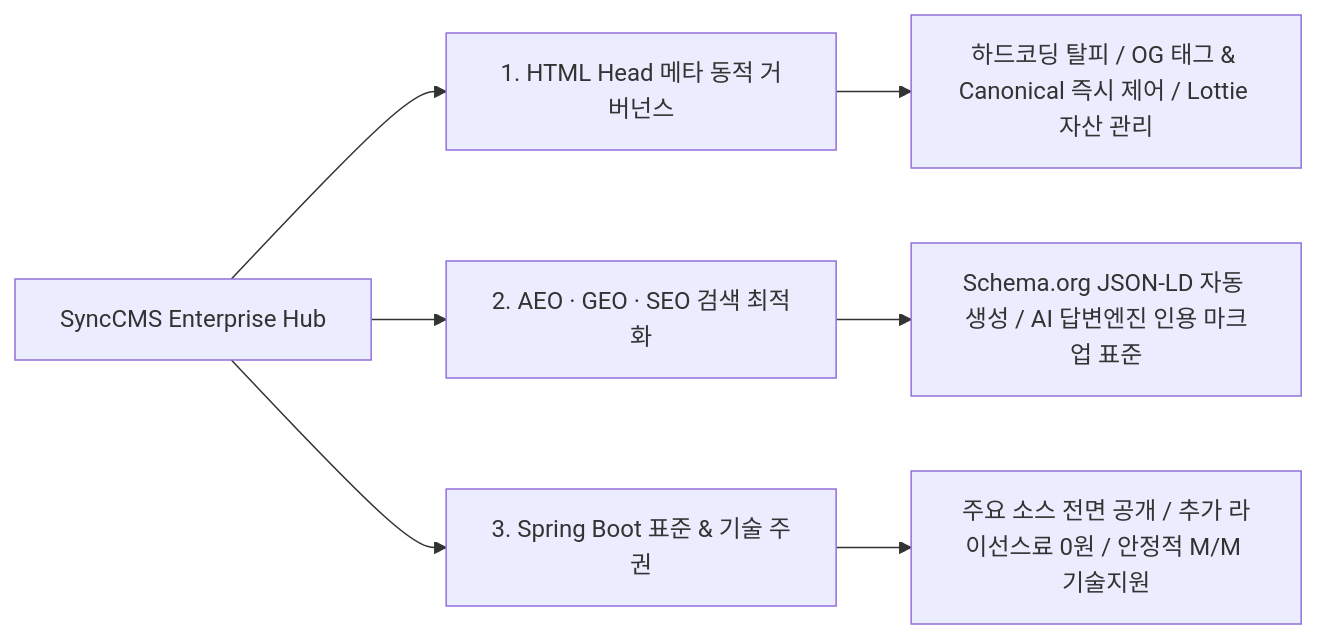
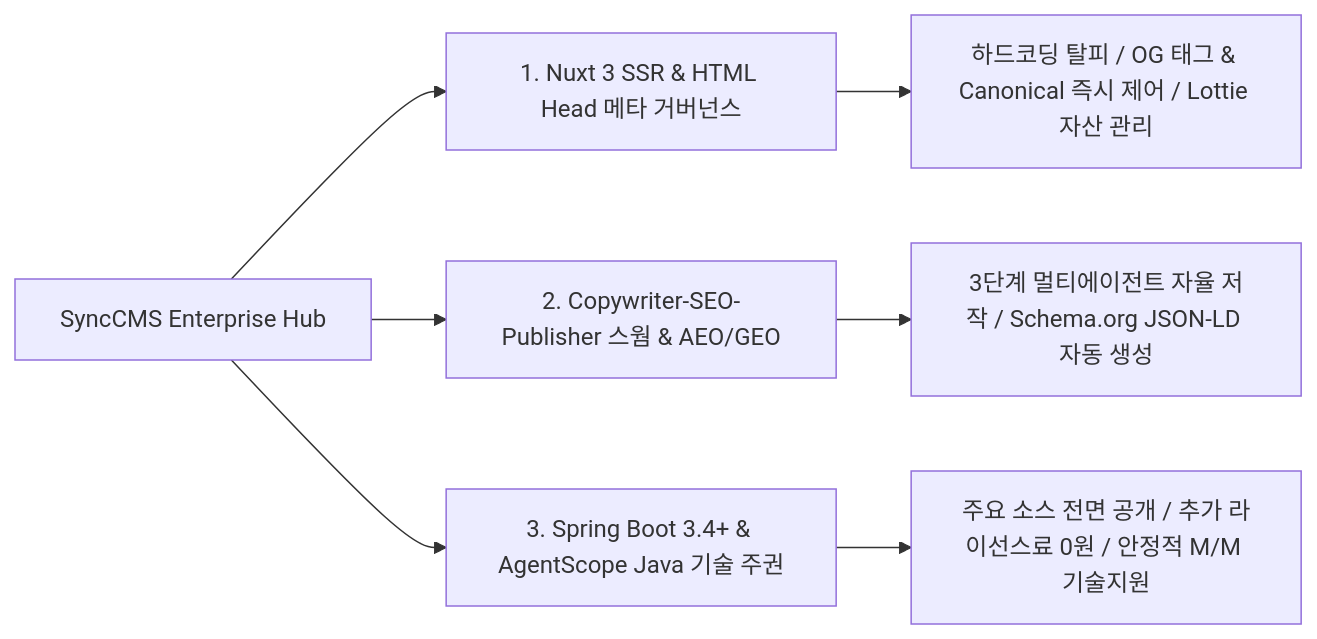
The diagram in ko/synccms/index.md (DramaticCollaboration/doc.github.io), drawn with Mermaid before and after one commit. The commit also changed other lines of this file and 62 other files, not shown here.

````diff
--- a/ko/synccms/index.md
+++ b/ko/synccms/index.md
@@ -33,10 +33,10 @@
 ```mermaid
 graph LR
-    A[SyncCMS Enterprise Hub] --> B[1. HTML Head 메타 동적 거버넌스]
-    A --> C[2. AEO · GEO · SEO 검색 최적화]
-    A --> D[3. Spring Boot 표준 & 기술 주권]
+    A[SyncCMS Enterprise Hub] --> B[1. Nuxt 3 SSR & HTML Head 메타 거버넌스]
+    A --> C[2. Copywriter-SEO-Publisher 스웜 & AEO/GEO]
+    A --> D[3. Spring Boot 3.4+ & AgentScope Java 기술 주권]
 
     B --> B1["하드코딩 탈피 / OG 태그 & Canonical 즉시 제어 / Lottie 자산 관리"]
-    C --> C1["Schema.org JSON-LD 자동 생성 / AI 답변엔진 인용 마크업 표준"]
+    C --> C1["3단계 멀티에이전트 자율 저작 / Schema.org JSON-LD 자동 생성"]
     D --> D1["주요 소스 전면 공개 / 추가 라이선스료 0원 / 안정적 M/M 기술지원"]
 ```
````
